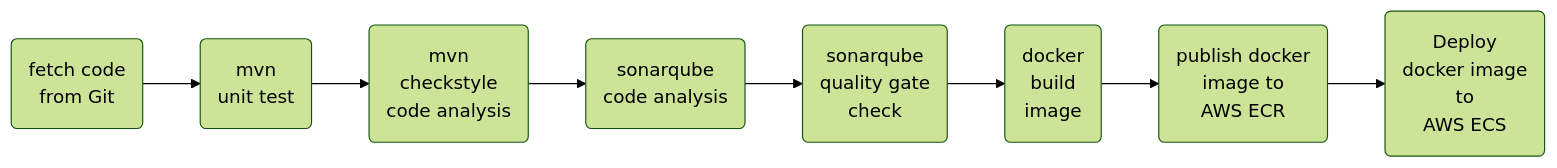
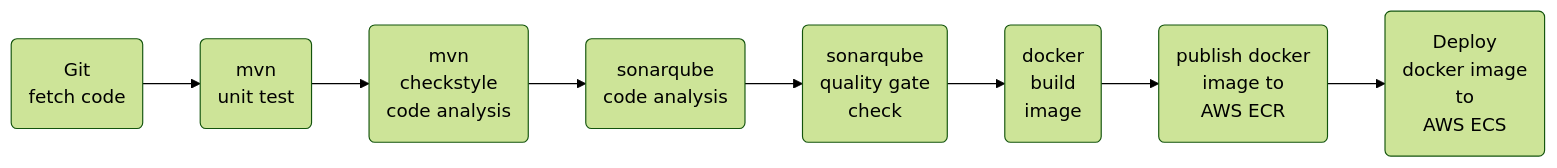
Before and after one commit to yogeshgunasekaran/Jenkinsfile-Docker-CI-CD: the diagram in README.md, drawn with Mermaid (forest theme).

````diff
--- a/README.md
+++ b/README.md
@@ -4,7 +4,7 @@
 ```mermaid
 graph LR
-A(fetch code <br> from Git) -->C(mvn <br> unit test) -->D(mvn <br> checkstyle <br> code analysis)
+A(Git <br> fetch code) -->C(mvn <br> unit test) -->D(mvn <br> checkstyle <br> code analysis)
 -->E(sonarqube <br> code analysis) -->F(sonarqube <br> quality gate <br> check) -->G(docker <br> build <br> image)
 -->H(publish docker <br> image to <br> AWS ECR) -->I(Deploy <br> docker image <br> to <br> AWS ECS)
    
 ```
````
